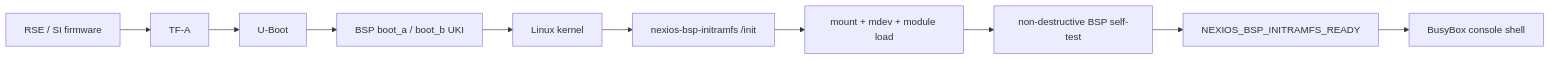
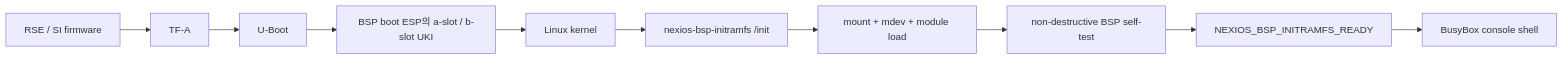
The second of 2 diagrams in doc/nexios-bsp-initramfs-implementation-plan-ko.md (cometzero/project-apollo), drawn with Mermaid before and after one commit. The commit also changed other lines of this file, not shown here.

First line of the commit message:
docs(yocto): update BSP boot layout

````diff
--- a/doc/nexios-bsp-initramfs-implementation-plan-ko.md
+++ b/doc/nexios-bsp-initramfs-implementation-plan-ko.md
@@ -117,12 +119,12 @@
 ```mermaid
 flowchart LR
     A[RSE / SI firmware] --> B[TF-A]
     B --> C[U-Boot]
-    C --> D[BSP boot_a / boot_b UKI]
+    C --> D[BSP boot ESP의 a-slot / b-slot UKI]
     D --> E[Linux kernel]
     E --> F[nexios-bsp-initramfs /init]
     F --> G[mount + mdev + module load]
     G --> H[non-destructive BSP self-test]
     H --> I[NEXIOS_BSP_INITRAMFS_READY]
     I --> J[BusyBox console shell]
 ```
````
